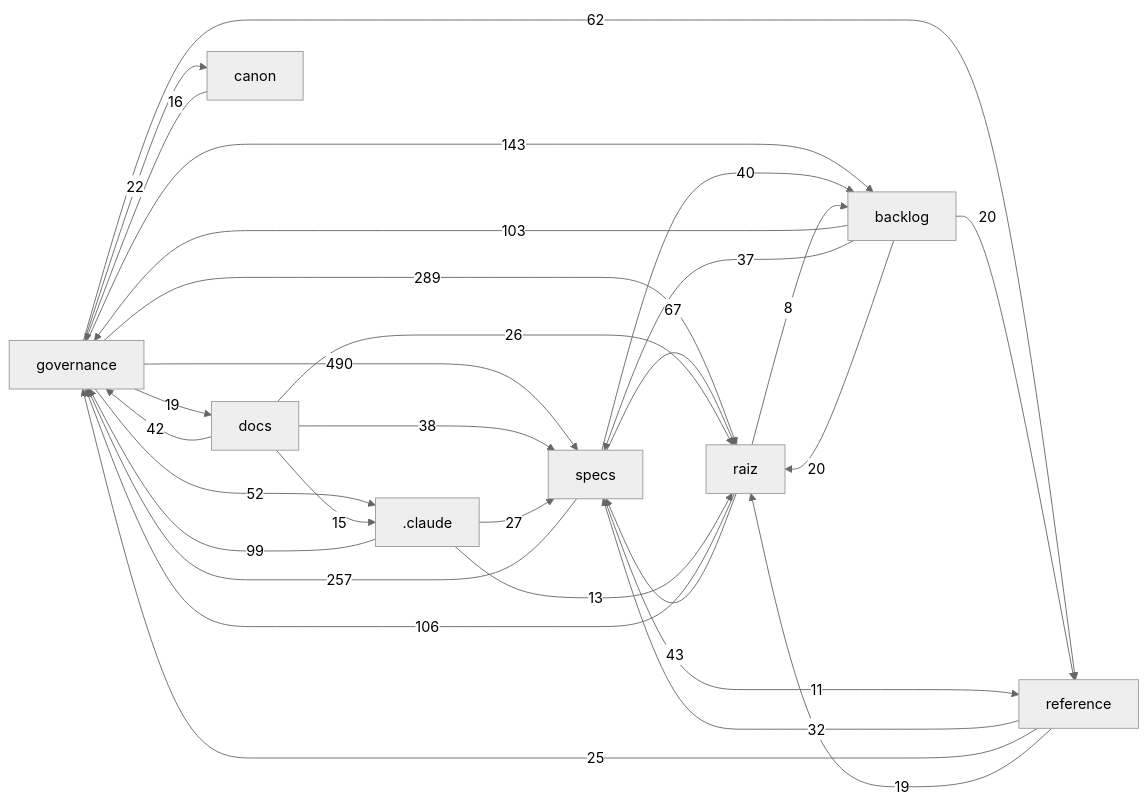
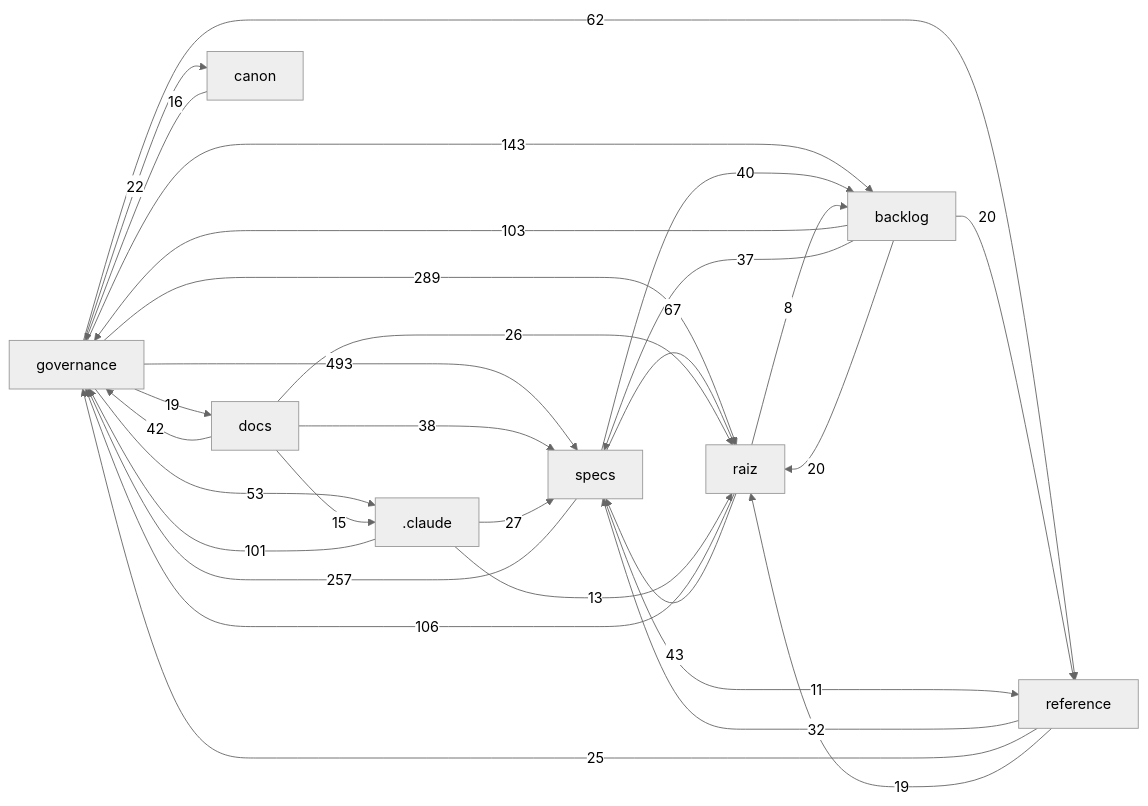
The diagram in docs/mapa/MAPA-PROJETO.md (Andraus35/Sistema-Operacional-de-Trading--SOT), drawn with Mermaid (neutral theme) before and after one commit. The commit also changed other lines of this file and 5 other files, not shown here.

````diff
--- a/docs/mapa/MAPA-PROJETO.md
+++ b/docs/mapa/MAPA-PROJETO.md
@@ -29,32 +29,32 @@
 ```mermaid
 flowchart LR
-  governance["governance"] -->|490| specs["specs"]
+  governance["governance"] -->|493| specs["specs"]
   governance["governance"] -->|289| raiz["raiz"]
   specs["specs"] -->|257| governance["governance"]
   governance["governance"] -->|143| backlog["backlog"]
   raiz["raiz"] -->|106| governance["governance"]
   backlog["backlog"] -->|103| governance["governance"]
-  _claude[".claude"] -->|99| governance["governance"]
+  _claude[".claude"] -->|101| governance["governance"]
   specs["specs"] -->|67| raiz["raiz"]
   governance["governance"] -->|62| reference["reference"]
-  governance["governance"] -->|52| _claude[".claude"]
+  governance["governance"] -->|53| _claude[".claude"]
   raiz["raiz"] -->|43| specs["specs"]
   docs["docs"] -->|42| governance["governance"]
   specs["specs"] -->|40| backlog["backlog"]
   docs["docs"] -->|38| specs["specs"]
   backlog["backlog"] -->|37| specs["specs"]
   reference["reference"] -->|32| specs["specs"]
   _claude[".claude"] -->|27| specs["specs"]
   docs["docs"] -->|26| raiz["raiz"]
   reference["reference"] -->|25| governance["governance"]
   governance["governance"] -->|22| canon["canon"]
   backlog["backlog"] -->|20| raiz["raiz"]
   backlog["backlog"] -->|20| reference["reference"]
   governance["governance"] -->|19| docs["docs"]
   reference["reference"] -->|19| raiz["raiz"]
   canon["canon"] -->|16| governance["governance"]
   docs["docs"] -->|15| _claude[".claude"]
   _claude[".claude"] -->|13| raiz["raiz"]
   specs["specs"] -->|11| reference["reference"]
   raiz["raiz"] -->|8| backlog["backlog"]
 ```
````
